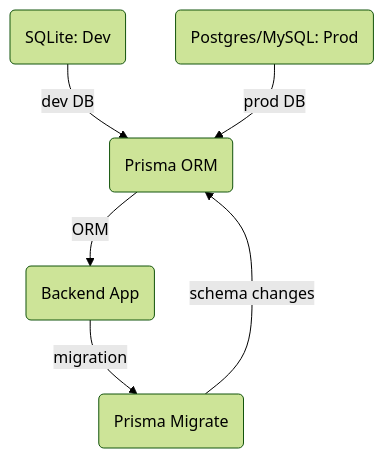
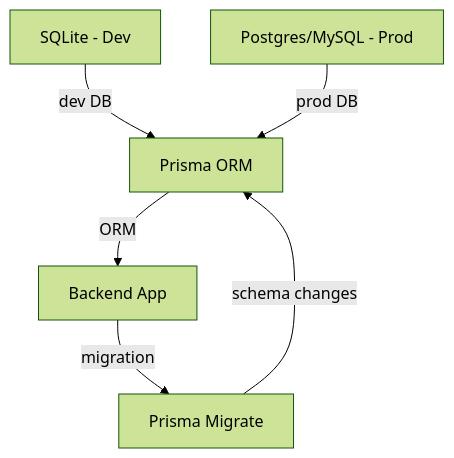
Before and after one commit to mohan-slack/HUX: the second of 2 diagrams in HUX/HUXbackend.md, drawn with Mermaid (forest theme). The commit also changed other lines of this file and 2 other files, not shown here.

````diff
--- a/HUX/HUXbackend.md
+++ b/HUX/HUXbackend.md
@@ -100,14 +100,14 @@
 ```mermaid
 flowchart TD
-  Dev(SQLite: Dev)
-  Prod(Postgres/MySQL: Prod)
-  Prisma(Prisma ORM)
-  Migrate(Prisma Migrate)
-  App(Backend App)
+  Dev[SQLite - Dev]
+  Prod[Postgres/MySQL - Prod]
+  Prisma[Prisma ORM]
+  Migrate[Prisma Migrate]
+  App[Backend App]
 
   Dev -- dev DB --> Prisma
   Prod -- prod DB --> Prisma
   Prisma -- ORM --> App
   App -- migration --> Migrate
   Migrate -- schema changes --> Prisma
 ```
````
